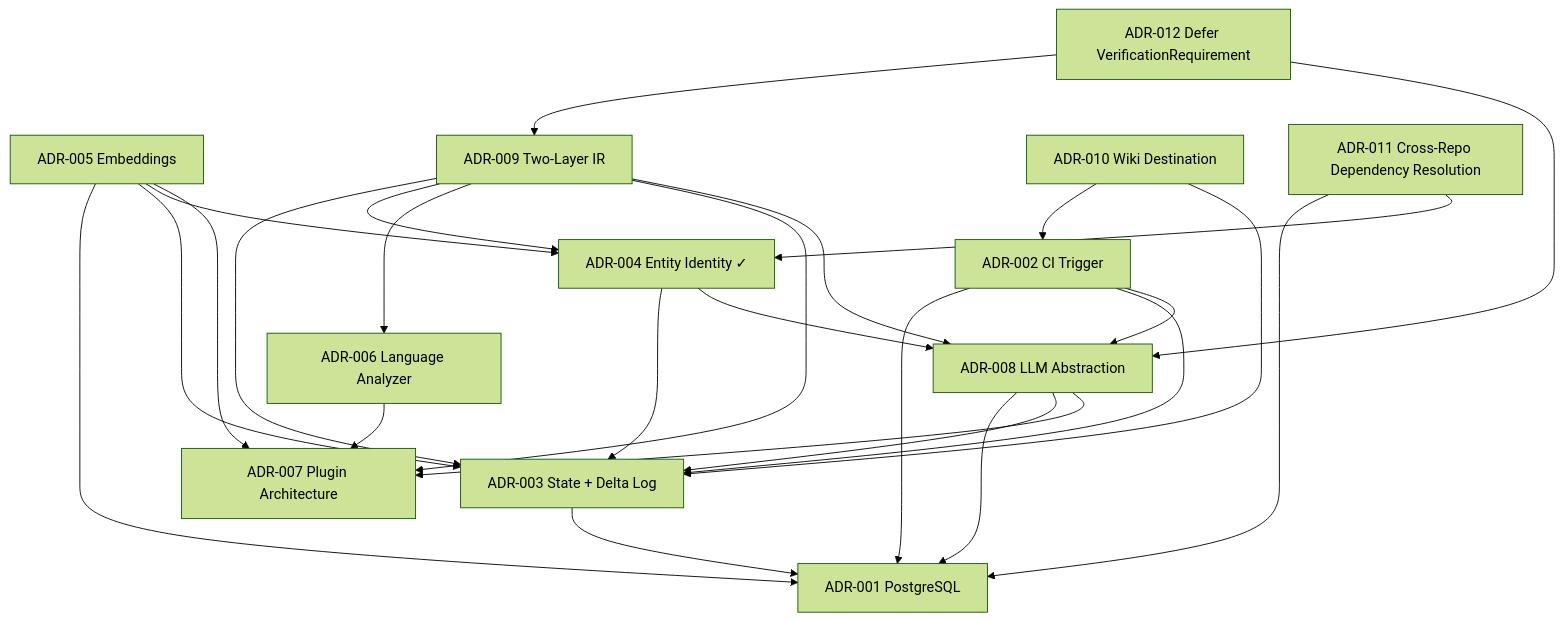
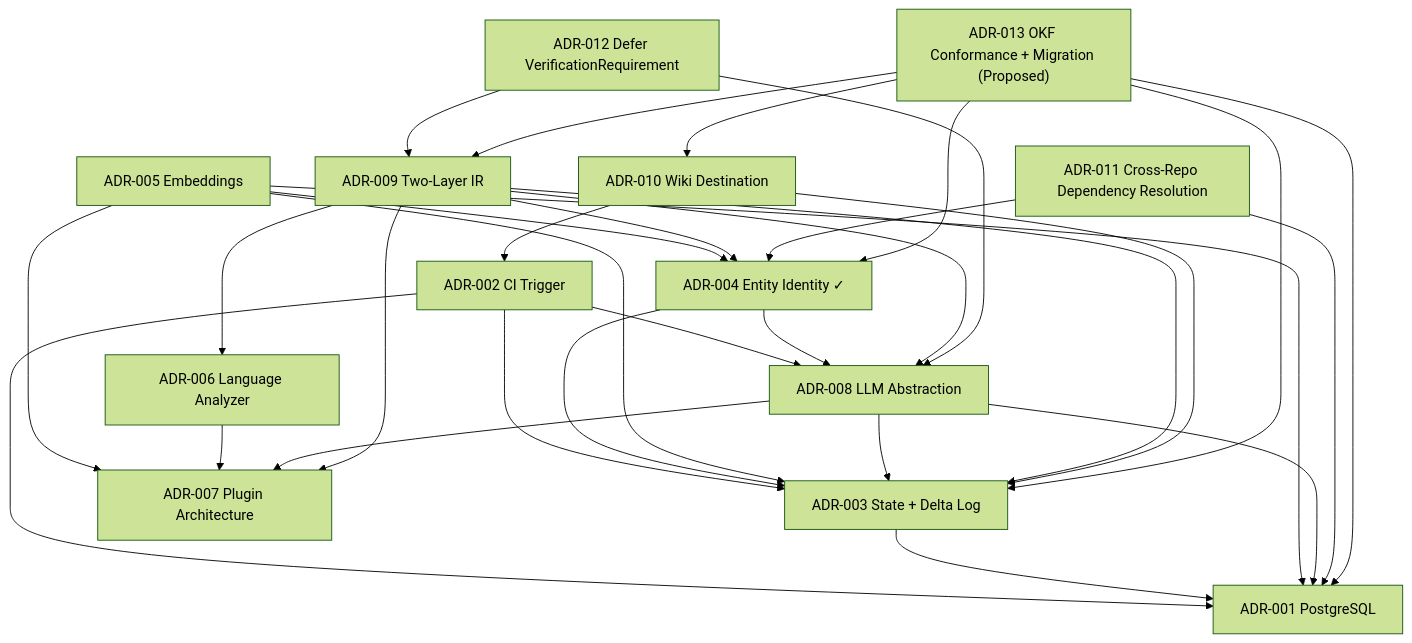
Before and after one commit to kushal-omnius/open-knowledge-compiler: the diagram in docs/decisions/index.md, drawn with Mermaid (forest theme). The commit also changed other lines of this file and 36 other files, not shown here.

````diff
--- a/docs/decisions/index.md
+++ b/docs/decisions/index.md
@@ -107,28 +115,33 @@
 ```mermaid
 graph TD
     ADR002["ADR-002 CI Trigger"] --> ADR001["ADR-001 PostgreSQL"]
     ADR002 --> ADR003["ADR-003 State + Delta Log"]
     ADR002 --> ADR008["ADR-008 LLM Abstraction"]
     ADR003 --> ADR001
     ADR004["ADR-004 Entity Identity ✓"] --> ADR003
     ADR004 --> ADR008
     ADR005["ADR-005 Embeddings"] --> ADR001
     ADR005 --> ADR003
     ADR005 --> ADR004
     ADR005 --> ADR007["ADR-007 Plugin Architecture"]
     ADR006["ADR-006 Language Analyzer"] --> ADR007
     ADR008 --> ADR001
     ADR008 --> ADR003
     ADR008 --> ADR007
     ADR009["ADR-009 Two-Layer IR"] --> ADR003
     ADR009 --> ADR004
     ADR009 --> ADR006
     ADR009 --> ADR007
     ADR009 --> ADR008
     ADR010["ADR-010 Wiki Destination"] --> ADR002
     ADR010 --> ADR003
     ADR011["ADR-011 Cross-Repo Dependency Resolution"] --> ADR001
     ADR011 --> ADR004
     ADR012["ADR-012 Defer VerificationRequirement"] --> ADR009
     ADR012 --> ADR008
+    ADR013["ADR-013 OKF Conformance + Migration (Proposed)"] --> ADR001
+    ADR013 --> ADR003
+    ADR013 --> ADR004
+    ADR013 --> ADR009
+    ADR013 --> ADR010
 ```
````
